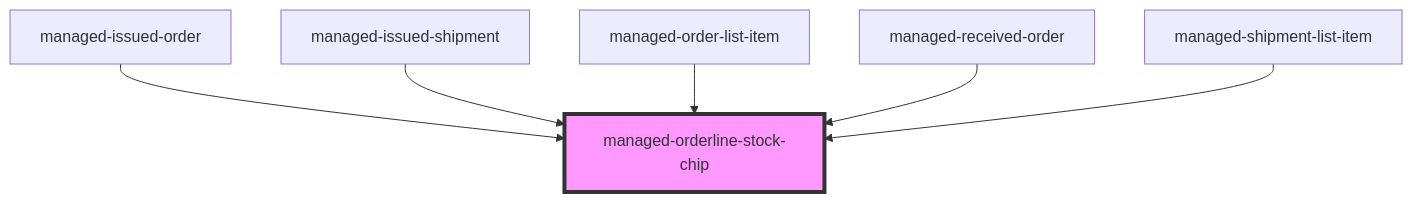
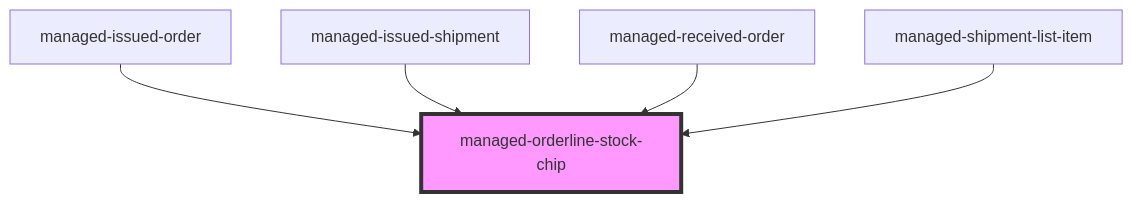
The diagram in pdm-web-components/src/components/managed-orderline-stock-chip/readme.md (PharmaLedger-IMI/fgt-workspace), drawn with Mermaid before and after one commit. The commit also changed other lines of this file and 26 other files, not shown here.

````diff
--- a/pdm-web-components/src/components/managed-orderline-stock-chip/readme.md
+++ b/pdm-web-components/src/components/managed-orderline-stock-chip/readme.md
@@ -39,9 +38,8 @@
 ```mermaid
 graph TD;
   managed-issued-order --> managed-orderline-stock-chip
   managed-issued-shipment --> managed-orderline-stock-chip
-  managed-order-list-item --> managed-orderline-stock-chip
   managed-received-order --> managed-orderline-stock-chip
   managed-shipment-list-item --> managed-orderline-stock-chip
   style managed-orderline-stock-chip fill:#f9f,stroke:#333,stroke-width:4px
 ```
````
